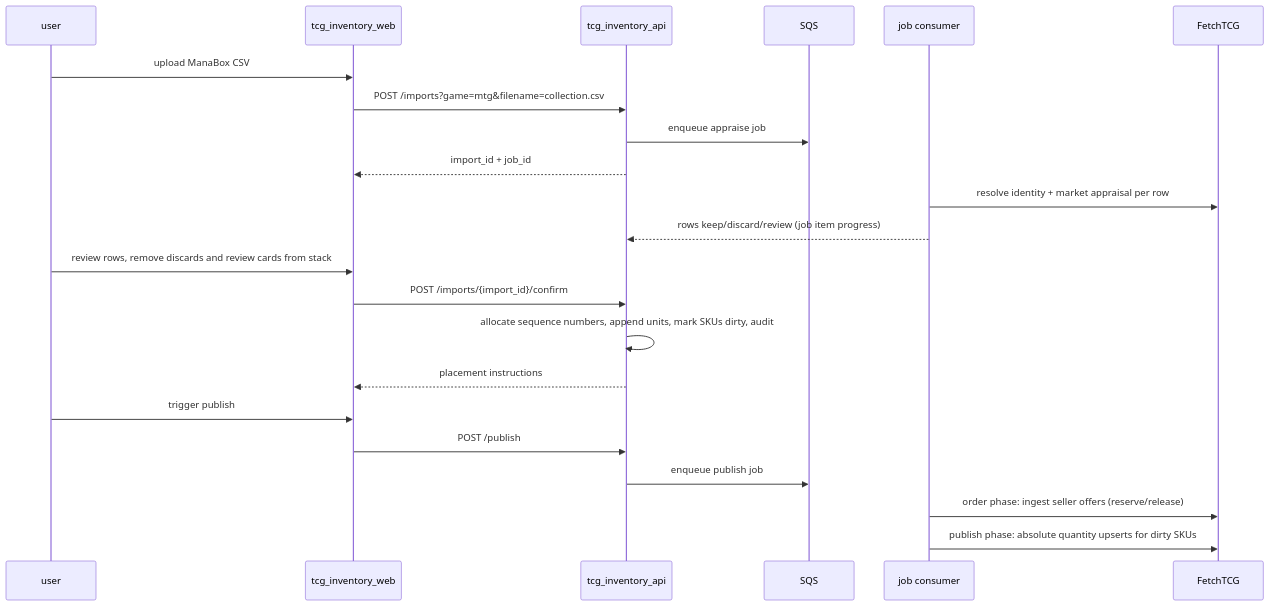
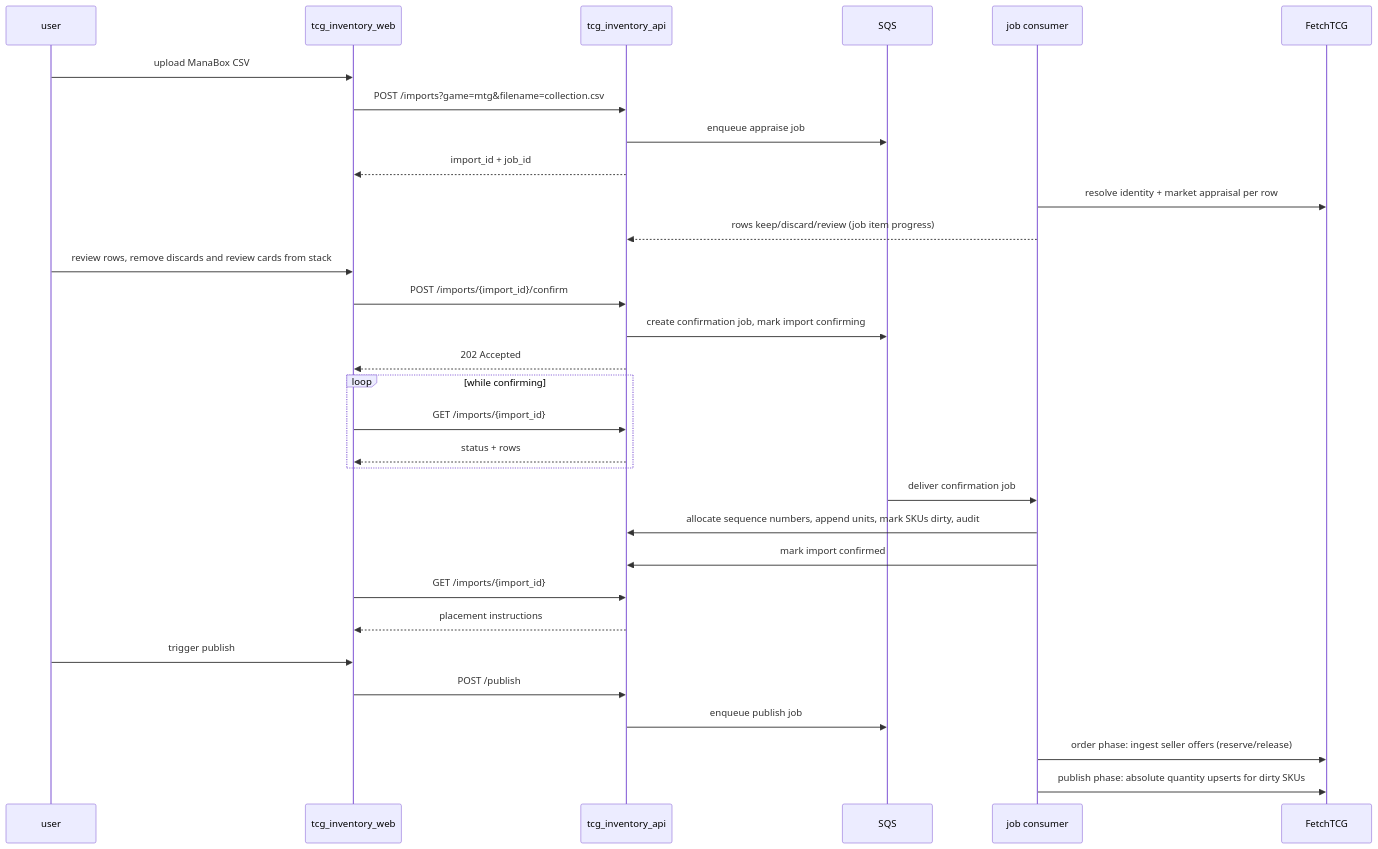
The second of 3 diagrams in tcg_inventory_api/README.md (jordansimsmith/jordansimsmith-com), drawn with Mermaid before and after one commit. The commit also changed other lines of this file and 20 other files, not shown here.

Commit message:
Move import confirmation into the jobs framework

````diff
--- a/tcg_inventory_api/README.md
+++ b/tcg_inventory_api/README.md
@@ -90,25 +90,34 @@
 ```mermaid
 sequenceDiagram
   participant U as user
   participant W as tcg_inventory_web
   participant A as tcg_inventory_api
   participant Q as SQS
   participant J as job consumer
   participant F as FetchTCG
 
   U->>W: upload ManaBox CSV
   W->>A: POST /imports?game=mtg&filename=collection.csv
   A->>Q: enqueue appraise job
   A-->>W: import_id + job_id
   J->>F: resolve identity + market appraisal per row
   J-->>A: rows keep/discard/review (job item progress)
   U->>W: review rows, remove discards and review cards from stack
   W->>A: POST /imports/{import_id}/confirm
-  A->>A: allocate sequence numbers, append units, mark SKUs dirty, audit
+  A->>Q: create confirmation job, mark import confirming
+  A-->>W: 202 Accepted
+  loop while confirming
+    W->>A: GET /imports/{import_id}
+    A-->>W: status + rows
+  end
+  Q->>J: deliver confirmation job
+  J->>A: allocate sequence numbers, append units, mark SKUs dirty, audit
+  J->>A: mark import confirmed
+  W->>A: GET /imports/{import_id}
   A-->>W: placement instructions
   U->>W: trigger publish
   W->>A: POST /publish
   A->>Q: enqueue publish job
   J->>F: order phase: ingest seller offers (reserve/release)
   J->>F: publish phase: absolute quantity upserts for dirty SKUs
 ```
````
